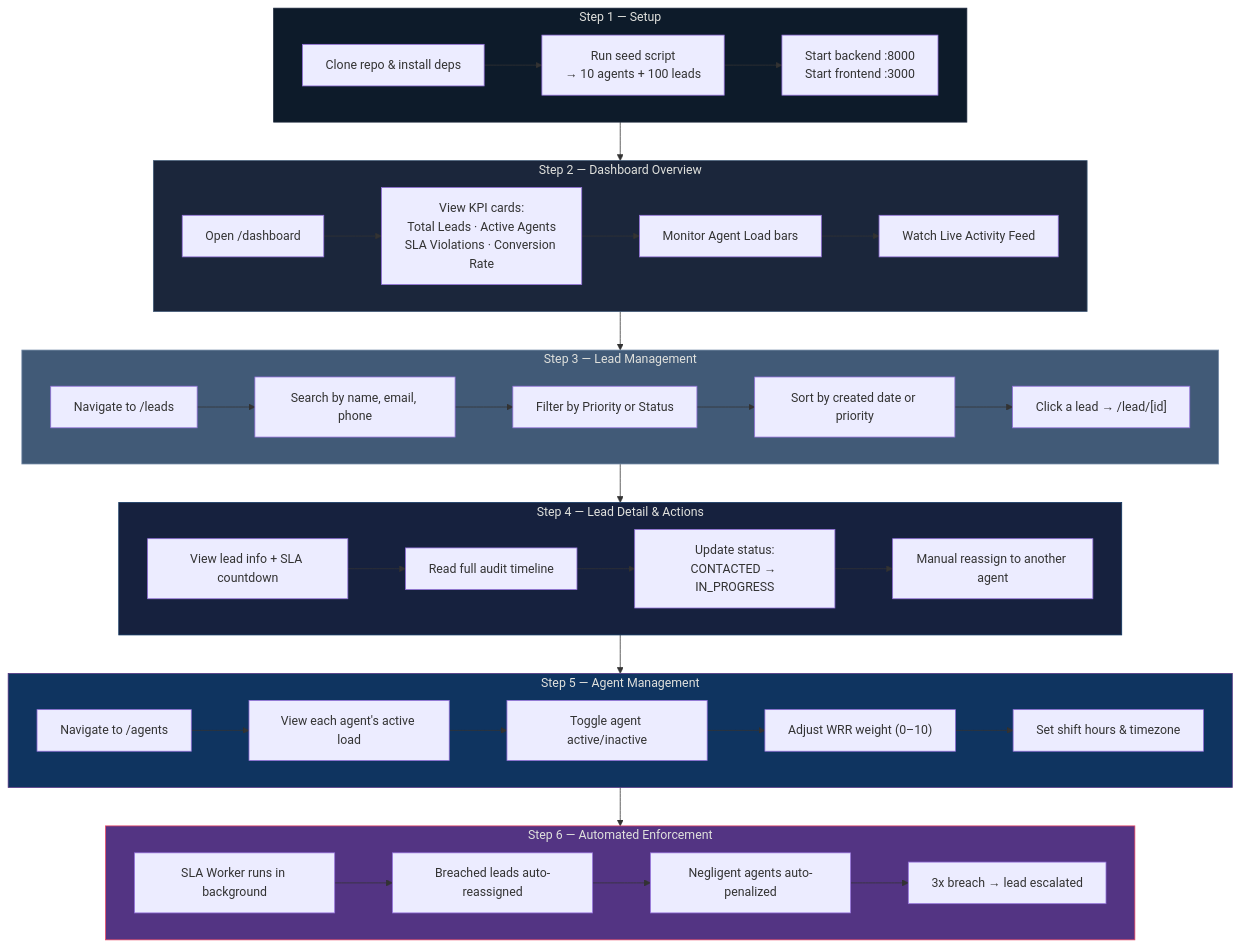
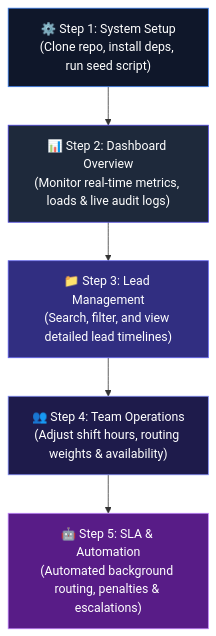
One commit to vanrajsinh650/LeadFlow changed the fifth of 6 diagrams in README.md. Above: the diagram before and after it, drawn with Mermaid. The commit also changed other lines of this file, not shown here.

Commit message:
Reformat and simplify all README.md mermaid diagrams for readability

````diff
--- a/README.md
+++ b/README.md
@@ -188,60 +147,16 @@
 ```mermaid
 flowchart TD
-    subgraph Step1["Step 1 — Setup"]
-        S1A["Clone repo & install deps"]
-        S1B["Run seed script\n→ 10 agents + 100 leads"]
-        S1C["Start backend :8000\nStart frontend :3000"]
-        S1A --> S1B --> S1C
-    end
+    Setup["⚙️ Step 1: System Setup\n(Clone repo, install deps, run seed script)"]
+    Dashboard["📊 Step 2: Dashboard Overview\n(Monitor real-time metrics, loads & live audit logs)"]
+    Leads["📁 Step 3: Lead Management\n(Search, filter, and view detailed lead timelines)"]
+    Agents["👥 Step 4: Team Operations\n(Adjust shift hours, routing weights & availability)"]
+    Enforce["🤖 Step 5: SLA & Automation\n(Automated background routing, penalties & escalations)"]
 
-    subgraph Step2["Step 2 — Dashboard Overview"]
-        S2A["Open /dashboard"]
-        S2B["View KPI cards:\nTotal Leads · Active Agents\nSLA Violations · Conversion Rate"]
-        S2C["Monitor Agent Load bars"]
-        S2D["Watch Live Activity Feed"]
-        S2A --> S2B --> S2C --> S2D
-    end
+    Setup --> Dashboard --> Leads --> Agents --> Enforce
 
-    subgraph Step3["Step 3 — Lead Management"]
-        S3A["Navigate to /leads"]
-        S3B["Search by name, email, phone"]
-        S3C["Filter by Priority or Status"]
-        S3D["Sort by created date or priority"]
-        S3E["Click a lead → /lead/[id]"]
-        S3A --> S3B --> S3C --> S3D --> S3E
-    end
-
-    subgraph Step4["Step 4 — Lead Detail & Actions"]
-        S4A["View lead info + SLA countdown"]
-        S4B["Read full audit timeline"]
-        S4C["Update status:\nCONTACTED → IN_PROGRESS"]
-        S4D["Manual reassign to another agent"]
-        S4A --> S4B --> S4C --> S4D
-    end
-
-    subgraph Step5["Step 5 — Agent Management"]
-        S5A["Navigate to /agents"]
-        S5B["View each agent's active load"]
-        S5C["Toggle agent active/inactive"]
-        S5D["Adjust WRR weight (0–10)"]
-        S5E["Set shift hours & timezone"]
-        S5A --> S5B --> S5C --> S5D --> S5E
-    end
-
-    subgraph Step6["Step 6 — Automated Enforcement"]
-        S6A["SLA Worker runs in background"]
-        S6B["Breached leads auto-reassigned"]
-        S6C["Negligent agents auto-penalized"]
-        S6D["3x breach → lead escalated"]
-        S6A --> S6B --> S6C --> S6D
-    end
-
-    Step1 --> Step2 --> Step3 --> Step4 --> Step5 --> Step6
-
-    style Step1 fill:#0d1b2a,stroke:#1b263b,color:#e0e1dd
-    style Step2 fill:#1b263b,stroke:#415a77,color:#e0e1dd
-    style Step3 fill:#415a77,stroke:#778da9,color:#e0e1dd
-    style Step4 fill:#16213e,stroke:#0f3460,color:#e0e1dd
-    style Step5 fill:#0f3460,stroke:#533483,color:#e0e1dd
-    style Step6 fill:#533483,stroke:#e94560,color:#e0e1dd
+    style Setup fill:#0f172a,stroke:#3b82f6,color:#fff
+    style Dashboard fill:#1e293b,stroke:#4f46e5,color:#fff
+    style Leads fill:#312e81,stroke:#6366f1,color:#fff
+    style Agents fill:#1e1b4b,stroke:#818cf8,color:#fff
+    style Enforce fill:#581c87,stroke:#c084fc,color:#fff
 ```
````
